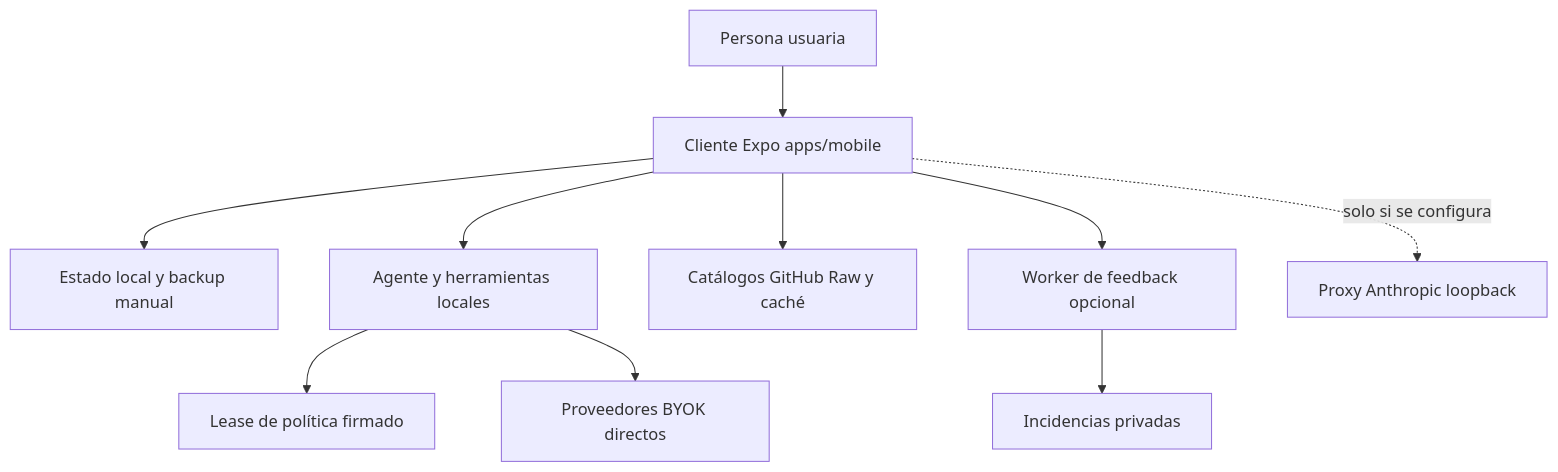
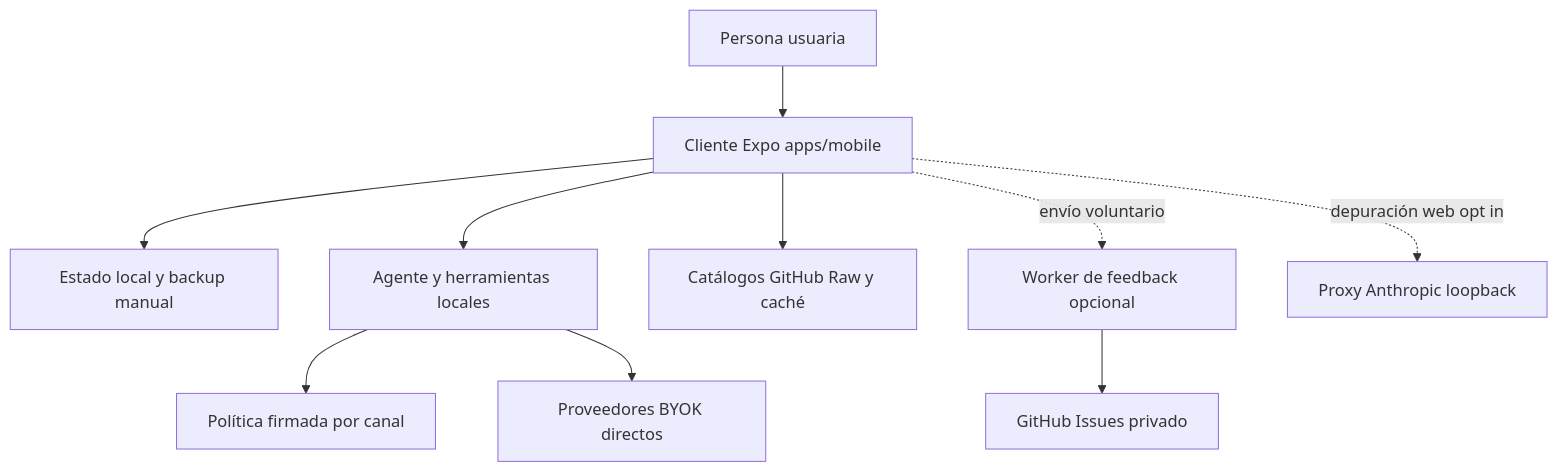
Before and after one commit to maximofn/gymnasia: the diagram in openwiki/quickstart.md, drawn with Mermaid. The commit also changed other lines of this file and 49 other files, not shown here.

````diff
--- a/openwiki/quickstart.md
+++ b/openwiki/quickstart.md
@@ -74,12 +81,12 @@
 ```mermaid
 flowchart TD
     User["Persona usuaria"] --> Client["Cliente Expo apps/mobile"]
     Client --> Local["Estado local y backup manual"]
     Client --> Agent["Agente y herramientas locales"]
     Client --> Catalogs["Catálogos GitHub Raw y caché"]
-    Agent --> Policy["Lease de política firmado"]
+    Agent --> Policy["Política firmada por canal"]
     Agent --> Providers["Proveedores BYOK directos"]
-    Client --> Feedback["Worker de feedback opcional"]
-    Feedback --> GitHub["Incidencias privadas"]
-    Client -. "solo si se configura" .-> Proxy["Proxy Anthropic loopback"]
+    Client -. "envío voluntario" .-> Feedback["Worker de feedback opcional"]
+    Feedback --> GitHub["GitHub Issues privado"]
+    Client -. "depuración web opt in" .-> Proxy["Proxy Anthropic loopback"]
 ```
````
